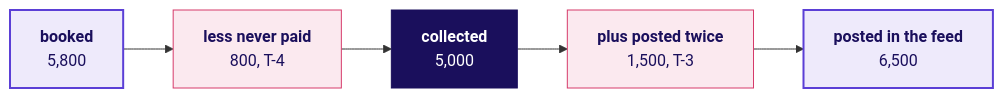
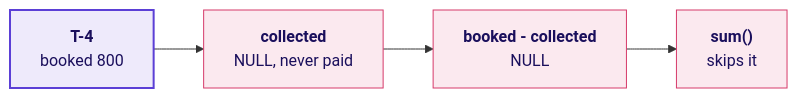
The sixth of 6 diagrams in content/W02/D2/whiteboards/C2_W02_D02_board_STUDENT.md (fde-academy-lab/c2-content-factory), drawn with Mermaid before and after one commit. The commit also changed other lines of this file and 10 other files, not shown here.

````diff
--- a/content/W02/D2/whiteboards/C2_W02_D02_board_STUDENT.md
+++ b/content/W02/D2/whiteboards/C2_W02_D02_board_STUDENT.md
@@ -137,13 +146,10 @@
 ```mermaid
 flowchart LR
-    B["<b>booked</b><br/>5,800"] --> U["<b>less never paid</b><br/>800, T-4"]
-    U --> C["<b>collected</b><br/>5,000"]
-    C --> R["<b>plus posted twice</b><br/>1,500, T-3"]
-    R --> P["<b>posted in the feed</b><br/>6,500"]
+    T["<b>T-4</b><br/>booked 800"] --> C["<b>collected</b><br/>NULL, never paid"]
+    C --> G["<b>booked - collected</b><br/>NULL"]
+    G --> S["<b>sum()</b><br/>skips it"]
     classDef known fill:#EEEAFB,stroke:#5B3FD6,color:#1A0F5C,stroke-width:2px
     classDef bad fill:#FBE9EF,stroke:#D63A6A,color:#1A0F5C
-    classDef bet fill:#1A0F5C,stroke:#1A0F5C,color:#FFFFFF
-    class B,P known
-    class U,R bad
-    class C bet
+    class T known
+    class C,G,S bad
 ```
````
